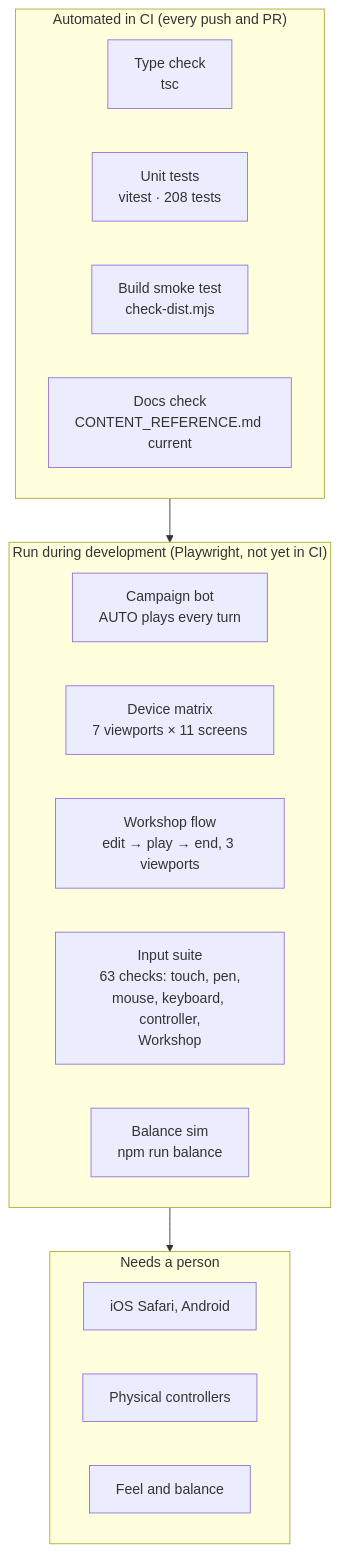
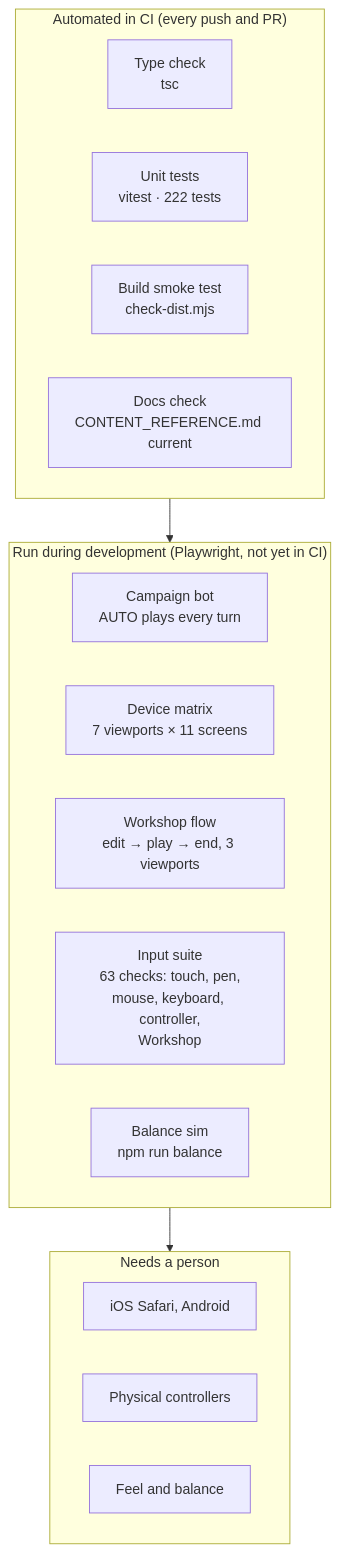
The diagram in docs/TESTING.md (CptNope/Chess-RPG-Tactics), drawn with Mermaid before and after one commit. The commit also changed other lines of this file and 44 other files, not shown here.

````diff
--- a/docs/TESTING.md
+++ b/docs/TESTING.md
@@ -9,22 +9,22 @@
 ```mermaid
 flowchart TB
     subgraph Auto["Automated in CI (every push and PR)"]
         T1["Type check<br/>tsc"]
-        T2["Unit tests<br/>vitest · 208 tests"]
+        T2["Unit tests<br/>vitest · 222 tests"]
         T3["Build smoke test<br/>check-dist.mjs"]
         T4["Docs check<br/>CONTENT_REFERENCE.md current"]
     end
     subgraph Dev["Run during development (Playwright, not yet in CI)"]
         P1["Campaign bot<br/>AUTO plays every turn"]
         P2["Device matrix<br/>7 viewports × 11 screens"]
         P4["Workshop flow<br/>edit → play → end, 3 viewports"]
         P3["Input suite<br/>63 checks: touch, pen,<br/>mouse, keyboard, controller,<br/>Workshop"]
         P5["Balance sim<br/>npm run balance"]
     end
     subgraph Human["Needs a person"]
         H1["iOS Safari, Android"]
         H2["Physical controllers"]
         H3["Feel and balance"]
     end
     Auto --> Dev --> Human
 ```
````
